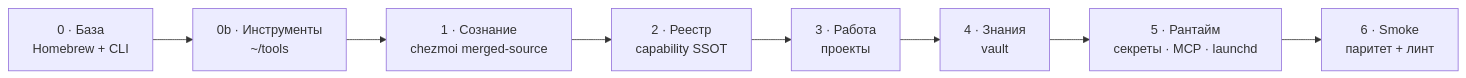
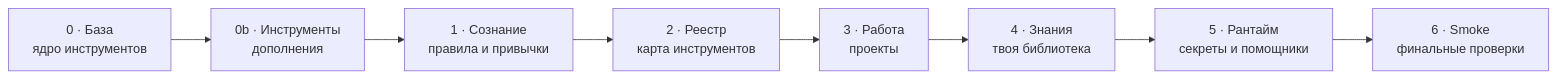
The third of 5 diagrams in README.ru.md (zarubinphil/athena), drawn with Mermaid before and after one commit. The commit also changed other lines of this file and 7 other files, not shown here.

````diff
--- a/README.ru.md
+++ b/README.ru.md
@@ -85,10 +109,10 @@
 ```mermaid
 flowchart LR
-  L0["0 · База<br/>Homebrew + CLI"] --> L0b["0b · Инструменты<br/>~/tools"]
-  L0b --> L1["1 · Сознание<br/>chezmoi merged-source"]
-  L1 --> L2["2 · Реестр<br/>capability SSOT"]
+  L0["0 · База<br/>ядро инструментов"] --> L0b["0b · Инструменты<br/>дополнения"]
+  L0b --> L1["1 · Сознание<br/>правила и привычки"]
+  L1 --> L2["2 · Реестр<br/>карта инструментов"]
   L2 --> L3["3 · Работа<br/>проекты"]
-  L3 --> L4["4 · Знания<br/>vault"]
-  L4 --> L5["5 · Рантайм<br/>секреты · MCP · launchd"]
-  L5 --> L6["6 · Smoke<br/>паритет + линт"]
+  L3 --> L4["4 · Знания<br/>твоя библиотека"]
+  L4 --> L5["5 · Рантайм<br/>секреты и помощники"]
+  L5 --> L6["6 · Smoke<br/>финальные проверки"]
 ```
````
